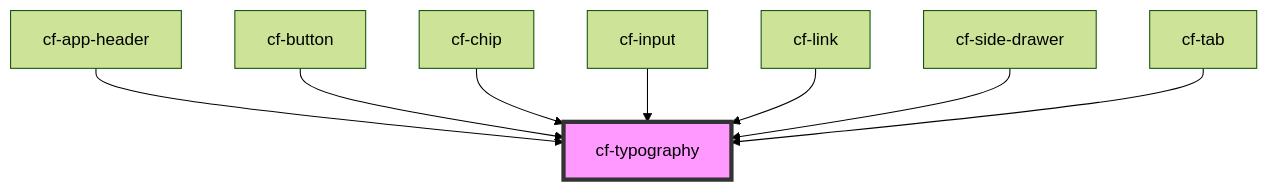
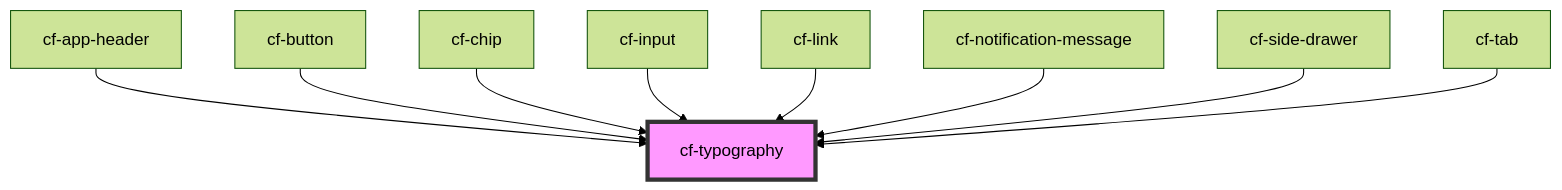
The diagram in src/components/cf-typography/readme.md (DriLLFreAK100/codefee-component), drawn with Mermaid (forest theme) before and after one commit. The commit also changed other lines of this file and 20 other files, not shown here.

````diff
--- a/src/components/cf-typography/readme.md
+++ b/src/components/cf-typography/readme.md
@@ -29,11 +30,12 @@
 ```mermaid
 graph TD;
   cf-app-header --> cf-typography
   cf-button --> cf-typography
   cf-chip --> cf-typography
   cf-input --> cf-typography
   cf-link --> cf-typography
+  cf-notification-message --> cf-typography
   cf-side-drawer --> cf-typography
   cf-tab --> cf-typography
   style cf-typography fill:#f9f,stroke:#333,stroke-width:4px
 ```
````
